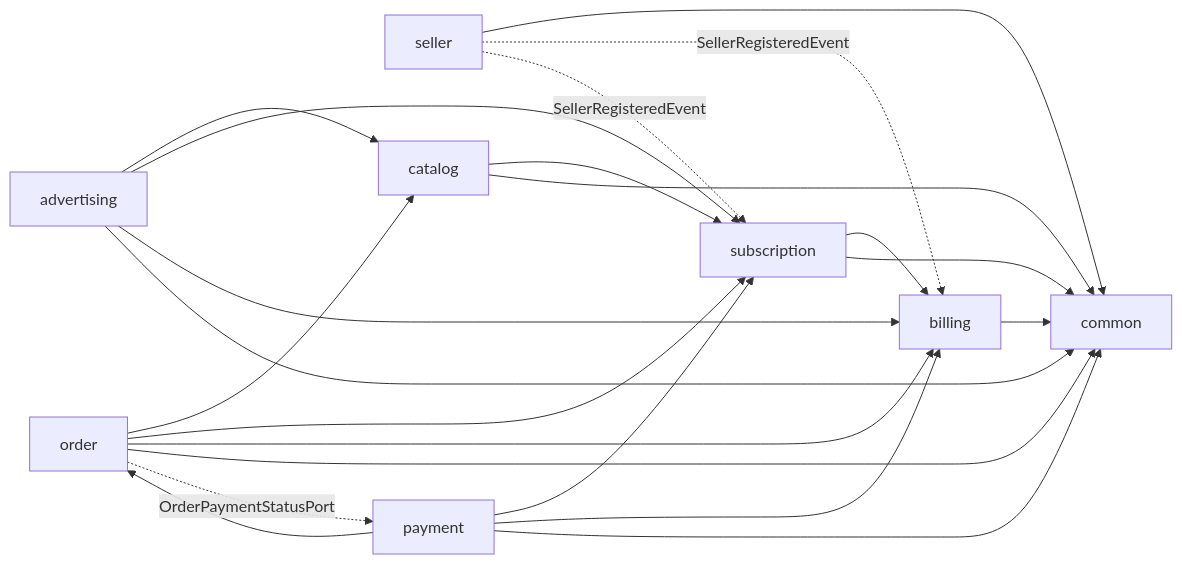
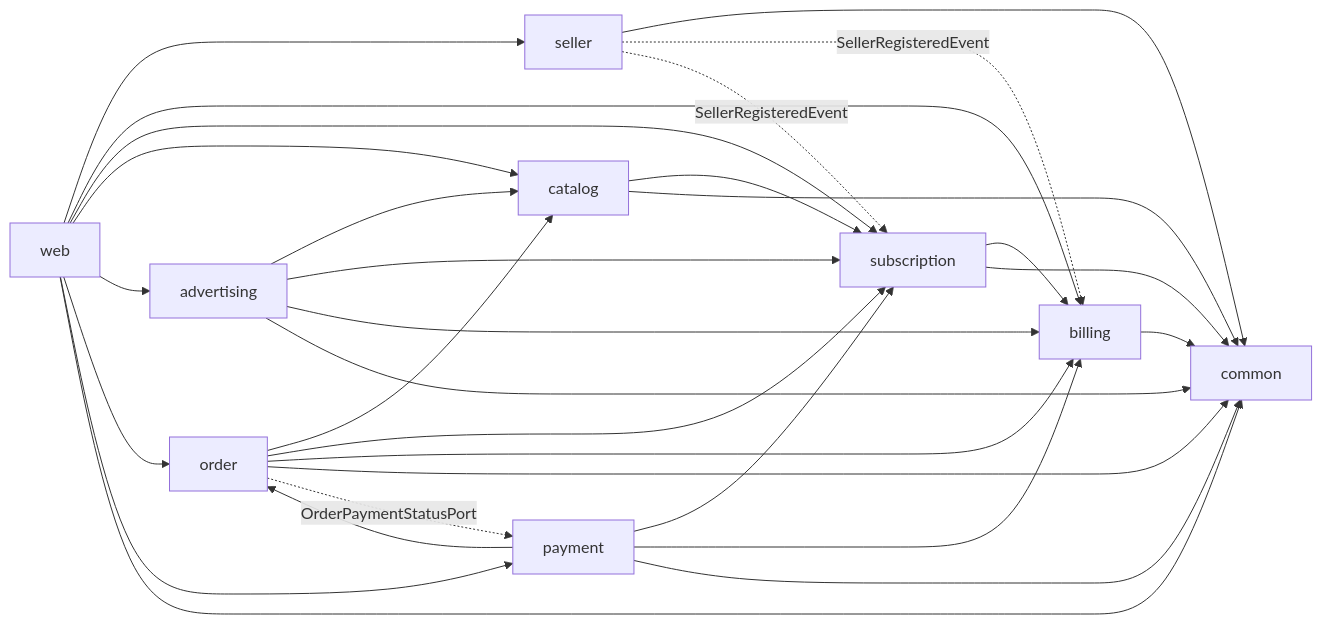
The first of 2 diagrams in docs/architecture.md (artem-offire/prom-marketplace), drawn with Mermaid before and after one commit. The commit also changed other lines of this file and 111 other files, not shown here.

````diff
--- a/docs/architecture.md
+++ b/docs/architecture.md
@@ -11,34 +11,43 @@
 ```mermaid
 graph LR
     common[common]
     seller[seller]
     billing[billing]
     subscription[subscription]
     catalog[catalog]
     advertising[advertising]
     order[order]
     payment[payment]
+    web[web]
 
     seller --> common
     billing --> common
     subscription --> billing
     subscription --> common
     catalog --> subscription
     catalog --> common
     advertising --> catalog
     advertising --> subscription
     advertising --> billing
     advertising --> common
     order --> catalog
     order --> subscription
     order --> billing
     order --> common
     payment --> order
     payment --> subscription
     payment --> billing
     payment --> common
+    web --> seller
+    web --> billing
+    web --> subscription
+    web --> catalog
+    web --> advertising
+    web --> order
+    web --> payment
+    web --> common
 
     seller -. SellerRegisteredEvent .-> billing
     seller -. SellerRegisteredEvent .-> subscription
     order -. OrderPaymentStatusPort .-> payment
 ```
````
